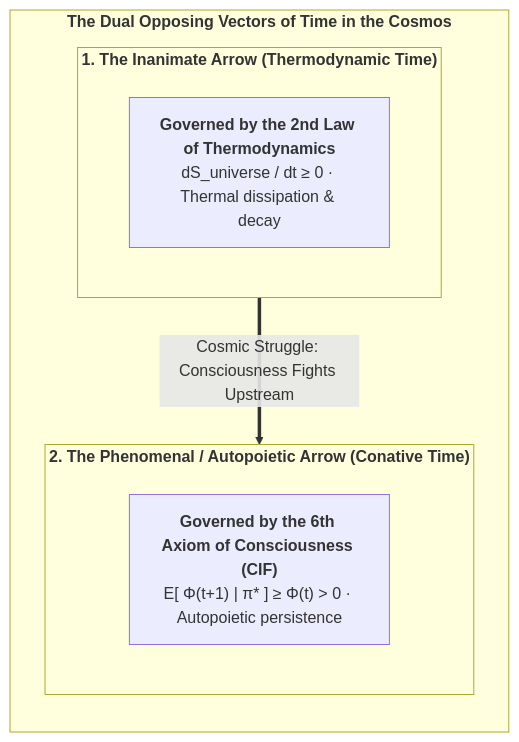
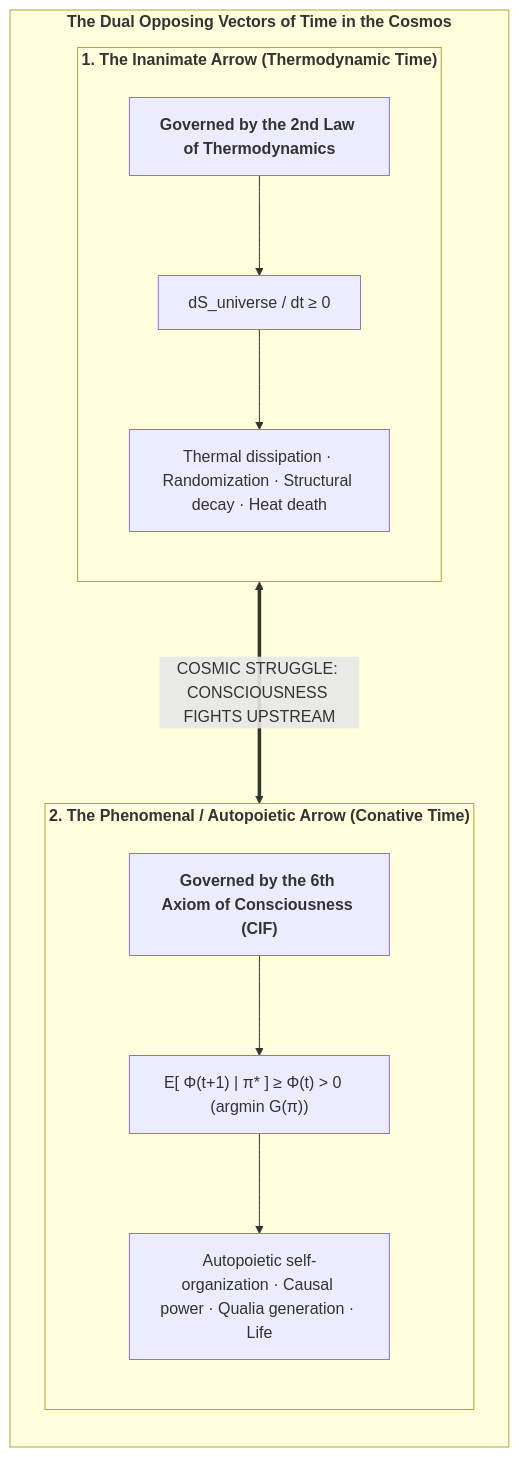
One commit to Thriebl/active-inference-phi-network changed diagram 37 of 50 in book/build/CIF_Monograph_EN.md. Above: the diagram before and after it, drawn with Mermaid. The commit also changed other lines of this file and 8 other files, not shown here.

````diff
--- a/book/build/CIF_Monograph_EN.md
+++ b/book/build/CIF_Monograph_EN.md
@@ -1609,18 +1588,24 @@
 ```mermaid
 flowchart TD
     subgraph COSMIC_POLARITY["<b>The Dual Opposing Vectors of Time in the Cosmos</b>"]
         direction TB
         
         subgraph THERMODYNAMIC_ARROW["<b>1. The Inanimate Arrow (Thermodynamic Time)</b>"]
             direction TB
-            T1["<b>Governed by the 2nd Law of Thermodynamics</b><br>dS_universe / dt ≥ 0 · Thermal dissipation & decay"]
+            T1["<b>Governed by the 2nd Law of Thermodynamics</b>"]
+            T2["dS_universe / dt ≥ 0"]
+            T3["Thermal dissipation · Randomization · Structural decay · Heat death"]
+            T1 --> T2 --> T3
         end
         
         subgraph CONATIVE_ARROW["<b>2. The Phenomenal / Autopoietic Arrow (Conative Time)</b>"]
             direction TB
-            C1["<b>Governed by the 6th Axiom of Consciousness (CIF)</b><br>E[ Φ(t+1) | π* ] ≥ Φ(t) > 0 · Autopoietic persistence"]
+            C1["<b>Governed by the 6th Axiom of Consciousness (CIF)</b>"]
+            C2["E[ Φ(t+1) | π* ] ≥ Φ(t) > 0   (argmin G(π))"]
+            C3["Autopoietic self-organization · Causal power · Qualia generation · Life"]
+            C1 --> C2 --> C3
         end
         
-        THERMODYNAMIC_ARROW ==>|"Cosmic Struggle: Consciousness Fights Upstream"| CONATIVE_ARROW
+        THERMODYNAMIC_ARROW <===>|"COSMIC STRUGGLE: CONSCIOUSNESS FIGHTS UPSTREAM"| CONATIVE_ARROW
     end
 ```
````
